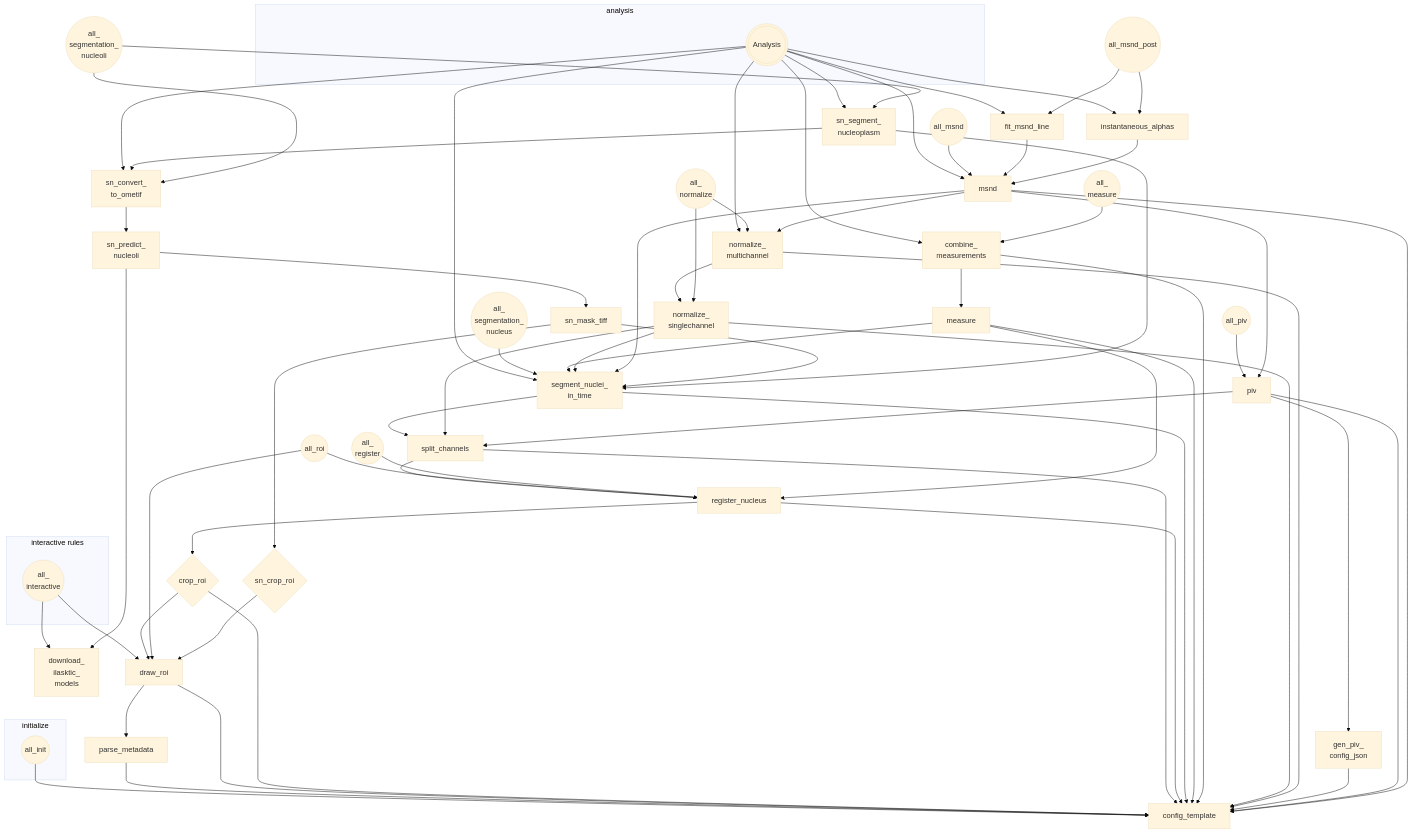
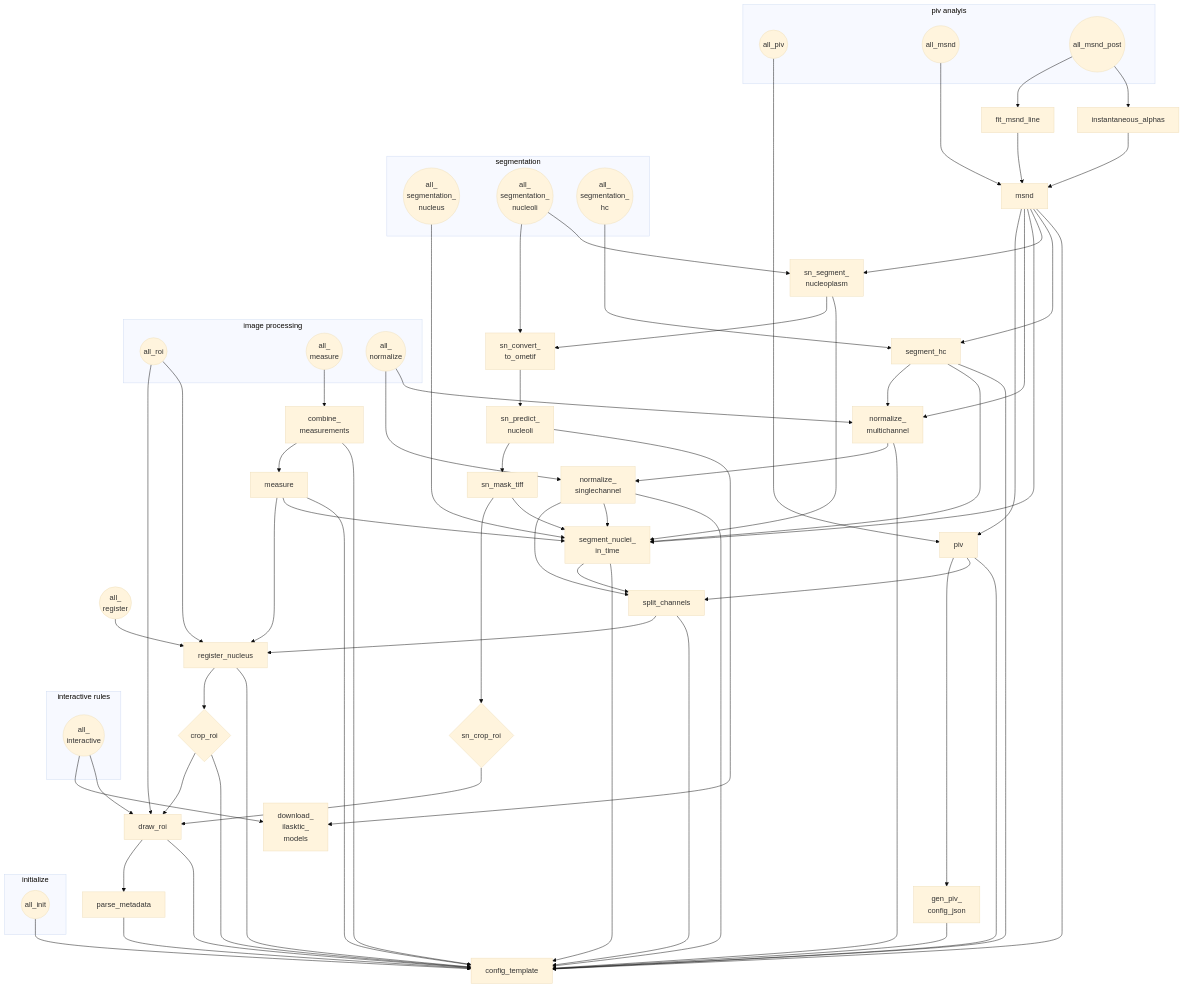
One commit to yichechang/alu-mobility changed the diagram in README.md. Above: the diagram before and after it, drawn with Mermaid (base theme).

Commit message:
update flow chart

````diff
--- a/README.md
+++ b/README.md
@@ -14,9 +14,5 @@
 ```mermaid
 graph TD
-    subgraph analysis
-    A(((Analysis)))
-    end
-    A(((Analysis))) --> B14 & B15 & A91 & A92 & A81 & A52 & A31 & A42
 
     subgraph initialize
     A99((all_init))
@@ -24,6 +20,24 @@
 
     subgraph interactive rules
     A98((all_<br>interactive))
+    end
+
+    subgraph segmentation
+    A2
+    B1
+    B2
+    end
+
+    subgraph piv analyis
+    A6
+    A8
+    A9
+    end
+
+    subgraph image processing
+    A1
+    A4
+    A5
     end
 
     A1((all_roi))
@@ -41,7 +55,8 @@
     A9((all_msnd_post))
 
     B1((all_<br>segmentation_<br>nucleoli))    
-
+    B2((all_<br>segmentation_<br>hc))
+  
     A01[config_template]
     A99 --> A01
 
@@ -73,7 +88,7 @@
     A6 --> A62
 
 
-    A81[msnd] --> A62 & A52 & A31 & A01
+    A81[msnd] --> A62 & A52 & A31 & B15 & B21 & A01
     A8 --> A81
 
 
@@ -87,4 +102,7 @@
     B14[sn_convert_<br>to_ometif] --> B13
     B15[sn_segment_<br>nucleoplasm] --> B14 & A31
     B1 --> B14 & B15
+
+    B21[segment_hc] --> A52 & A31 & A01
+    B2 --> B21
 ```
````
